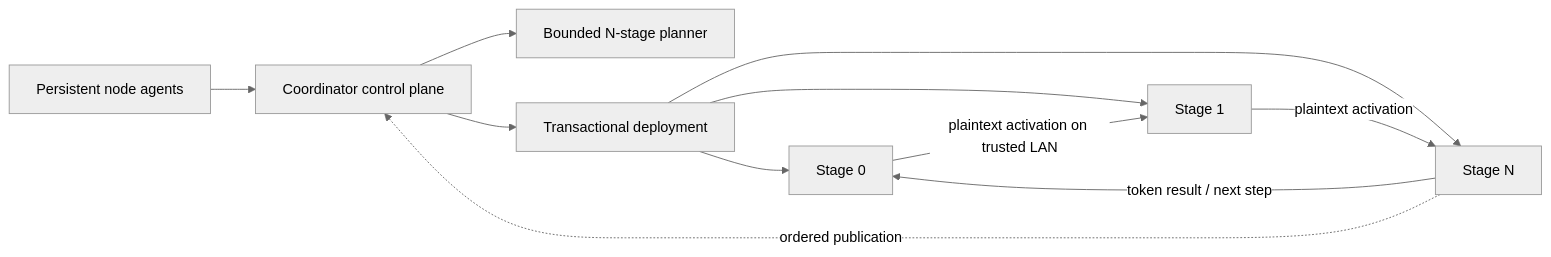
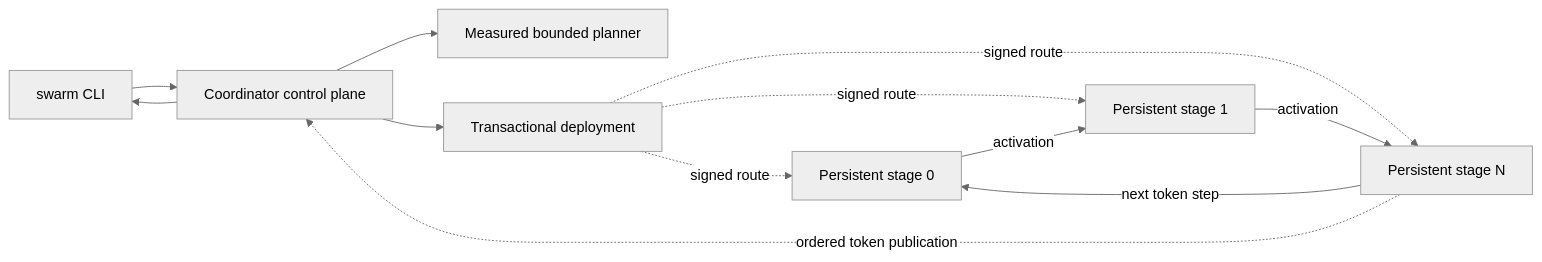
Before and after one commit to mmprotest/swarm-inference-lab: the diagram in README.md, drawn with Mermaid (neutral theme). The commit also changed other lines of this file, not shown here.

````diff
--- a/README.md
+++ b/README.md
@@ -122,13 +155,14 @@
 ```mermaid
 flowchart LR
-    A[Persistent node agents] --> C[Coordinator control plane]
-    C --> P[Bounded N-stage planner]
+    CLI[swarm CLI] --> C[Coordinator control plane]
+    C --> P[Measured bounded planner]
     C --> D[Transactional deployment]
-    D --> S0[Stage 0]
-    D --> S1[Stage 1]
-    D --> SN[Stage N]
-    S0 -->|plaintext activation on trusted LAN| S1
-    S1 -->|plaintext activation| SN
-    SN -->|token result / next step| S0
-    SN -. ordered publication .-> C
+    D -. signed route .-> S0[Persistent stage 0]
+    D -. signed route .-> S1[Persistent stage 1]
+    D -. signed route .-> SN[Persistent stage N]
+    S0 -->|activation| S1
+    S1 -->|activation| SN
+    SN -->|next token step| S0
+    SN -. ordered token publication .-> C
+    C --> CLI
 ```
````
